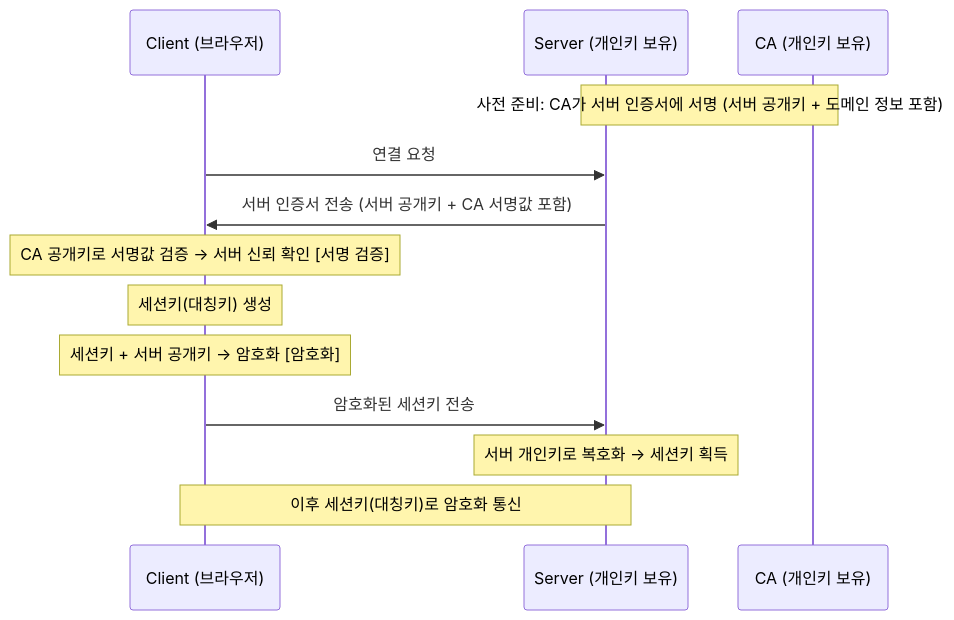
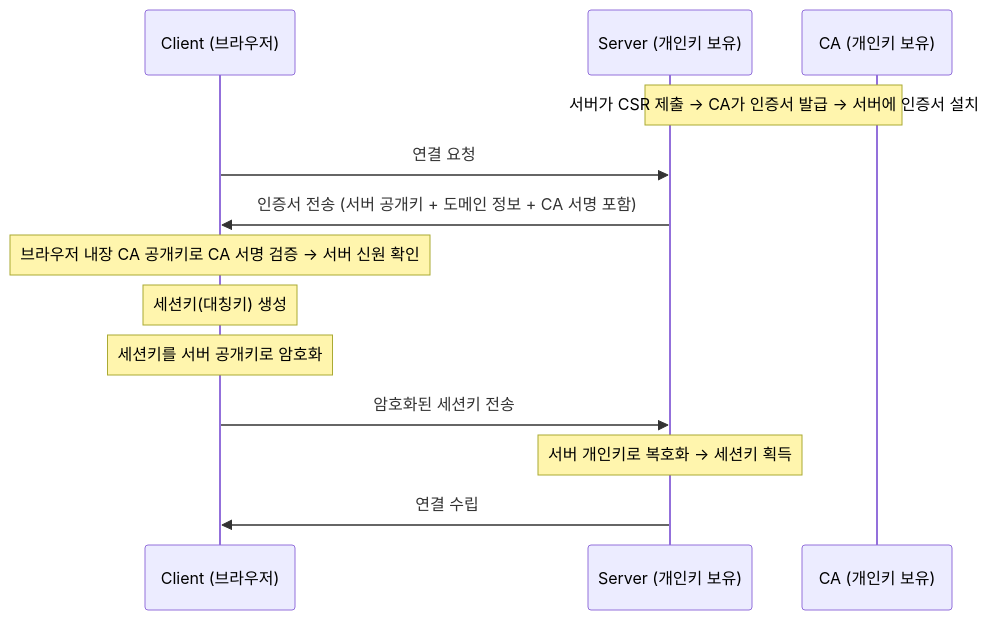
Before and after one commit to yhnoh/study: the third of 6 diagrams in 주니어_백엔드_개발자가_반드시_알아야_할_실무지식/08_Security/README.md, drawn with Mermaid. The commit also changed other lines of this file, not shown here.

````diff
--- a/주니어_백엔드_개발자가_반드시_알아야_할_실무지식/08_Security/README.md
+++ b/주니어_백엔드_개발자가_반드시_알아야_할_실무지식/08_Security/README.md
@@ -108,16 +138,16 @@
 ```mermaid
 sequenceDiagram
     participant C as Client (브라우저)
     participant S as Server (개인키 보유)
     participant CA as CA (개인키 보유)
 
-    Note over CA,S: 사전 준비: CA가 서버 인증서에 서명 (서버 공개키 + 도메인 정보 포함)
+    Note over CA,S: 서버가 CSR 제출 → CA가 인증서 발급 → 서버에 인증서 설치
     C->>S: 연결 요청
-    S->>C: 서버 인증서 전송 (서버 공개키 + CA 서명값 포함)
-    Note over C: CA 공개키로 서명값 검증 → 서버 신뢰 확인 [서명 검증]
+    S->>C: 인증서 전송 (서버 공개키 + 도메인 정보 + CA 서명 포함)
+    Note over C: 브라우저 내장 CA 공개키로 CA 서명 검증 → 서버 신원 확인
     Note over C: 세션키(대칭키) 생성
-    Note over C: 세션키 + 서버 공개키 → 암호화 [암호화]
+    Note over C: 세션키를 서버 공개키로 암호화
     C->>S: 암호화된 세션키 전송
     Note over S: 서버 개인키로 복호화 → 세션키 획득
-    Note over C,S: 이후 세션키(대칭키)로 암호화 통신
+    S->>C: 연결 수립
 ```
````
